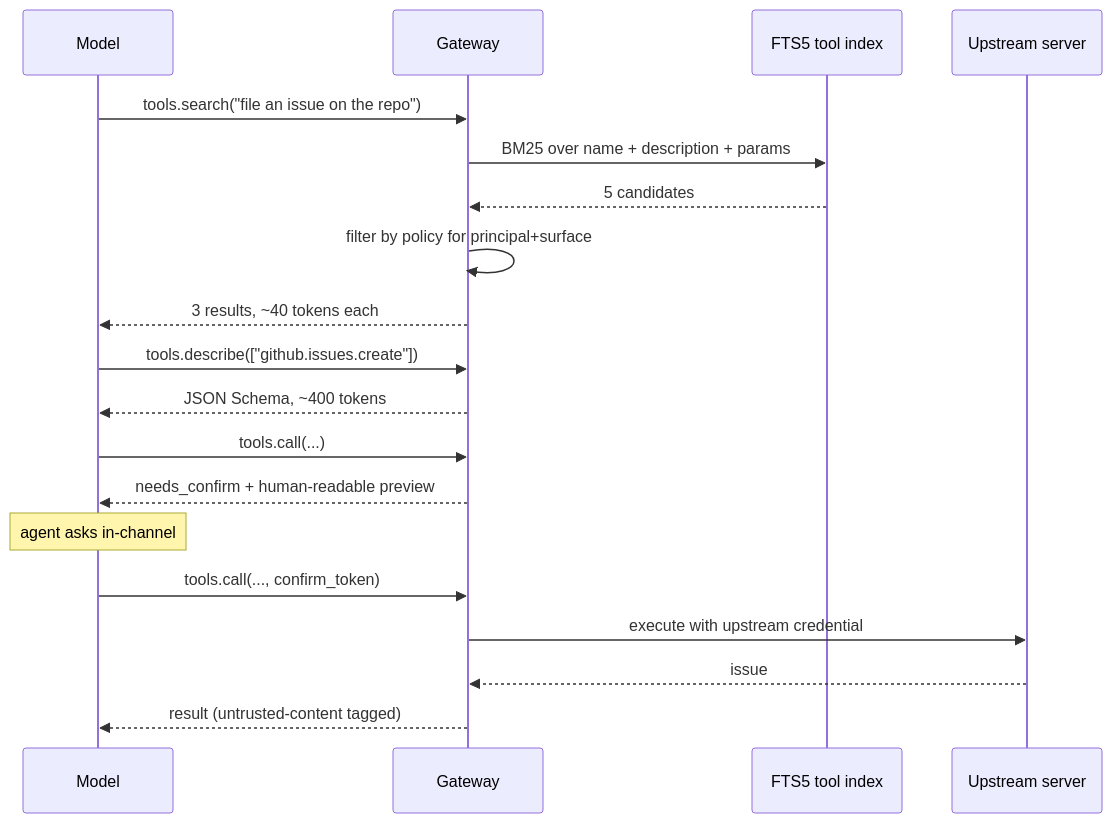
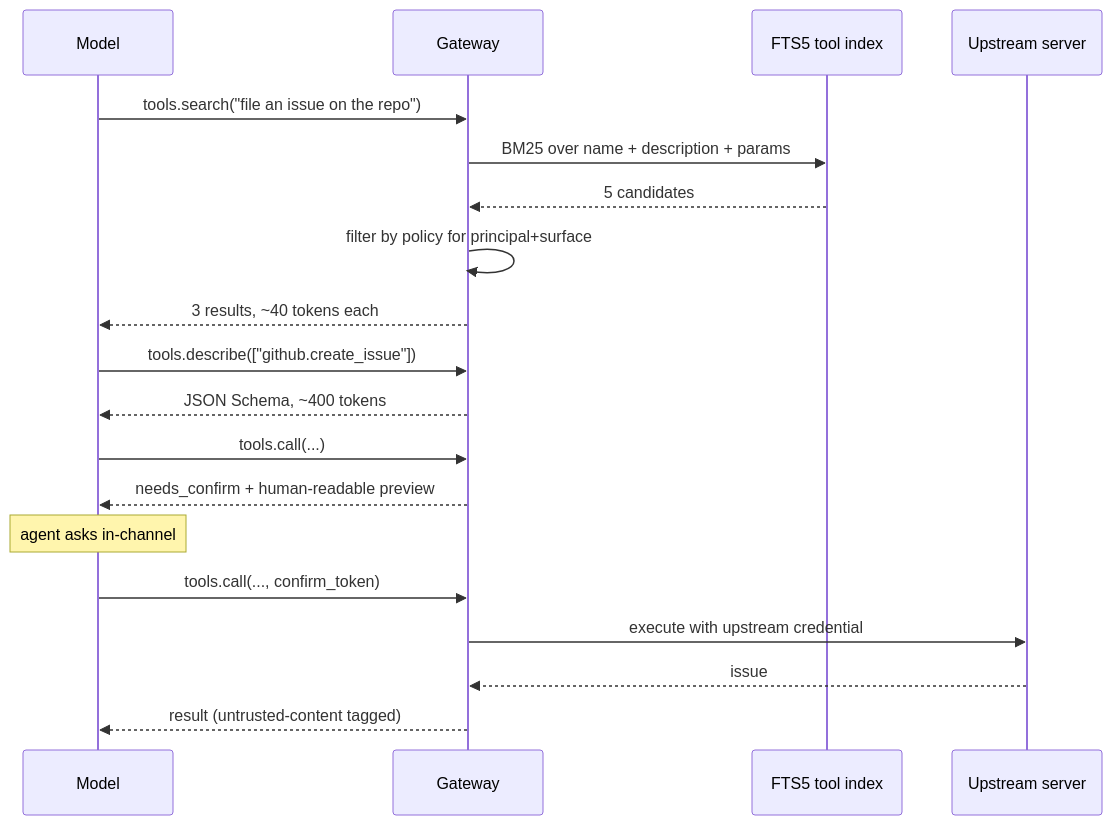
One commit to mars-flat/brain changed the third of 3 diagrams in architecture/04-gateway.md. Above: the diagram before and after it, drawn with Mermaid. The commit also changed other lines of this file and 23 other files, not shown here.

````diff
--- a/architecture/04-gateway.md
+++ b/architecture/04-gateway.md
@@ -185,22 +187,22 @@
 ```mermaid
 sequenceDiagram
     participant M as Model
     participant G as Gateway
     participant I as FTS5 tool index
     participant S as Upstream server
 
     M->>G: tools.search("file an issue on the repo")
     G->>I: BM25 over name + description + params
     I-->>G: 5 candidates
     G->>G: filter by policy for principal+surface
     G-->>M: 3 results, ~40 tokens each
-    M->>G: tools.describe(["github.issues.create"])
+    M->>G: tools.describe(["github.create_issue"])
     G-->>M: JSON Schema, ~400 tokens
     M->>G: tools.call(...)
     G-->>M: needs_confirm + human-readable preview
     Note over M: agent asks in-channel
     M->>G: tools.call(..., confirm_token)
     G->>S: execute with upstream credential
     S-->>G: issue #421
     G-->>M: result (untrusted-content tagged)
 ```
````
